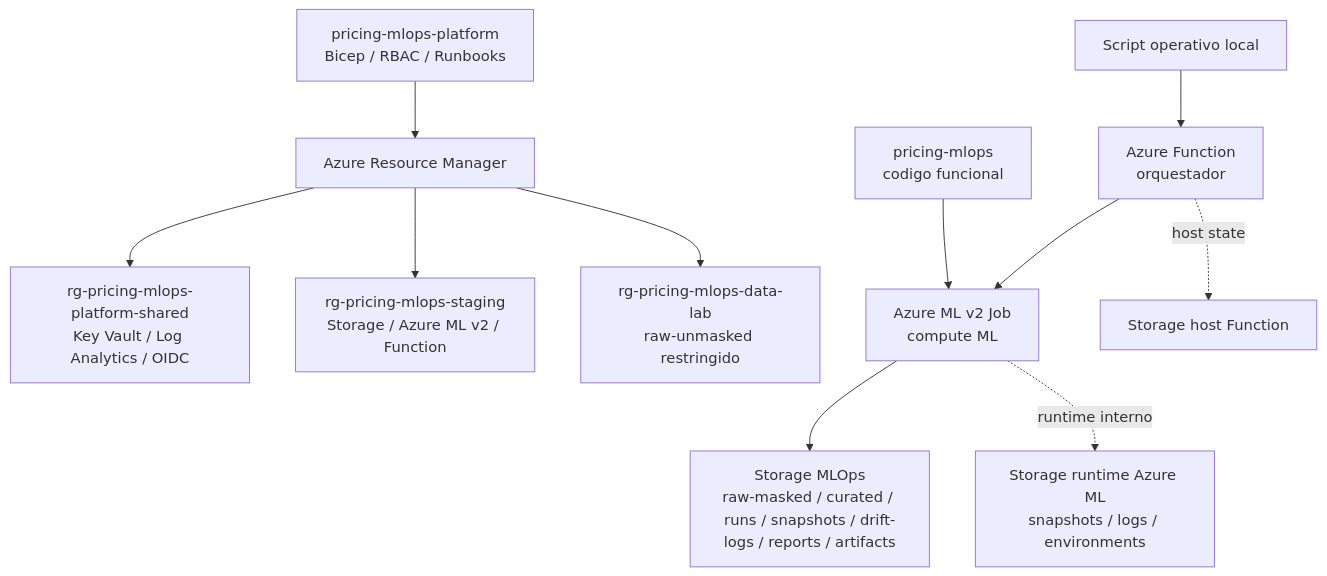
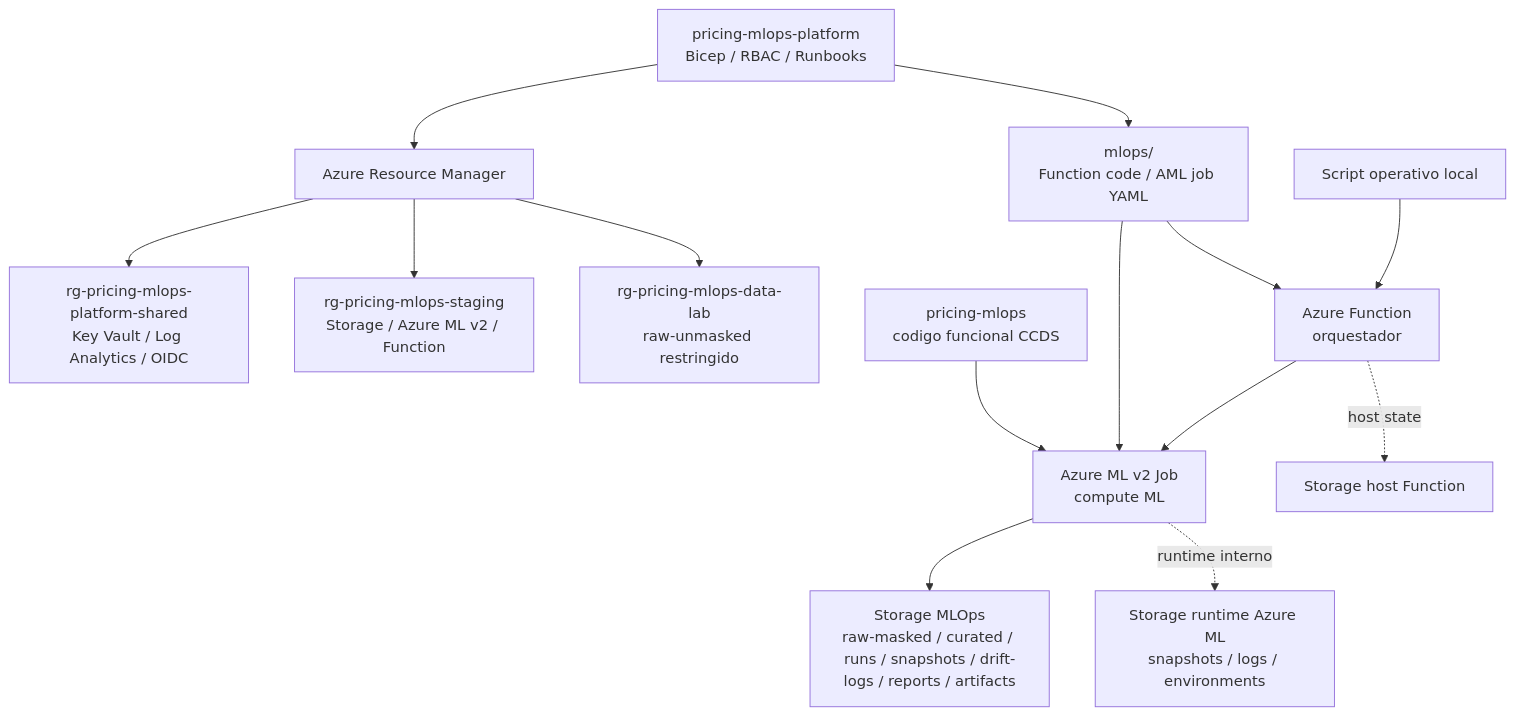
One commit to tecmx-team46-pricing/pricing-mlops-platform changed the diagram in README.md. Above: the diagram before and after it, drawn with Mermaid. The commit also changed other lines of this file and 16 other files, not shown here.

Commit message:
Move MLOps orchestration into platform

````diff
--- a/README.md
+++ b/README.md
@@ -20,14 +20,17 @@
 ```mermaid
 flowchart TD
   Platform["pricing-mlops-platform<br/>Bicep / RBAC / Runbooks"] --> ARM["Azure Resource Manager"]
   ARM --> Shared["rg-pricing-mlops-platform-shared<br/>Key Vault / Log Analytics / OIDC"]
   ARM --> Staging["rg-pricing-mlops-staging<br/>Storage / Azure ML v2 / Function"]
   ARM --> DataLab["rg-pricing-mlops-data-lab<br/>raw-unmasked restringido"]
 
   Operator["Script operativo local"] --> Function["Azure Function<br/>orquestador"]
   Function --> AML["Azure ML v2 Job<br/>compute ML"]
   AML --> Storage["Storage MLOps<br/>raw-masked / curated / runs / snapshots / drift-logs / reports / artifacts"]
   AML -. runtime interno .-> AMLRuntime["Storage runtime Azure ML<br/>snapshots / logs / environments"]
   Function -. host state .-> FunctionStorage["Storage host Function"]
-  ModelRepo["pricing-mlops<br/>codigo funcional"] --> AML
+  Platform --> Runtime["mlops/<br/>Function code / AML job YAML"]
+  Runtime --> Function
+  Runtime --> AML
+  ModelRepo["pricing-mlops<br/>codigo funcional CCDS"] --> AML
 ```
````
